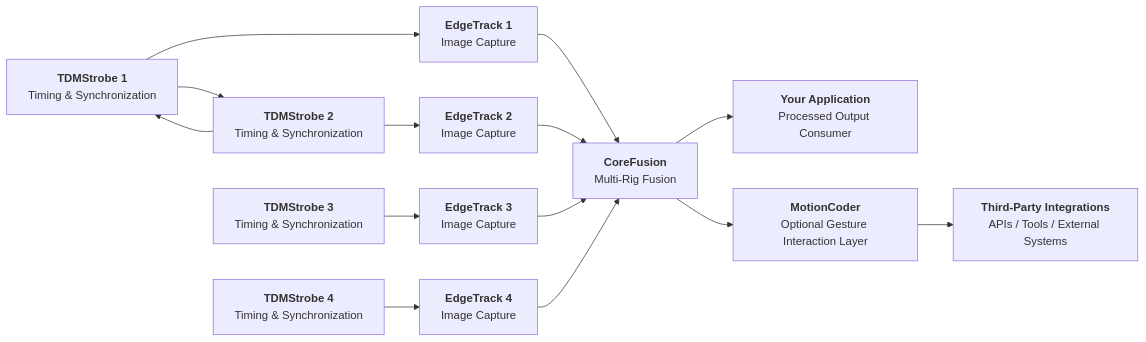
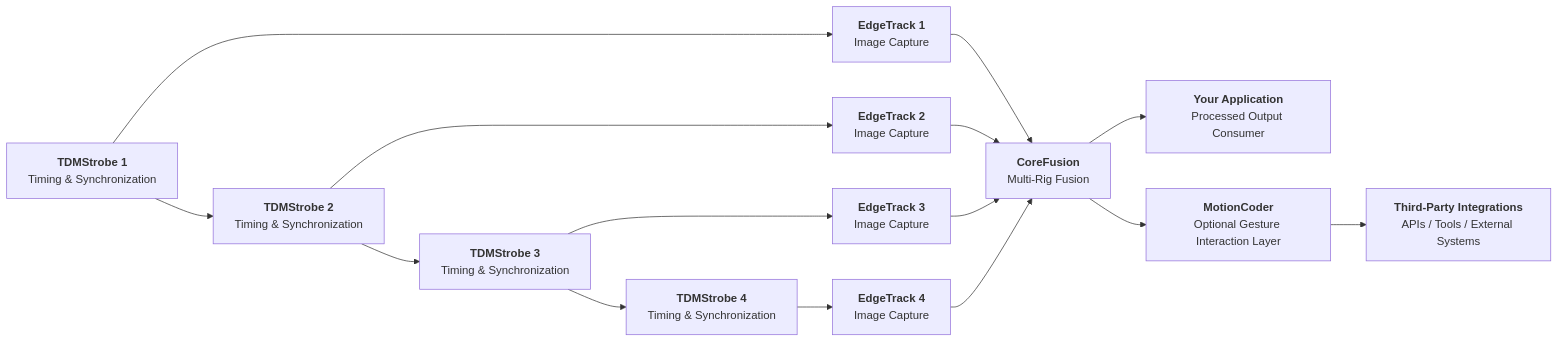
The second of 3 diagrams in README.md (edgetrackorg/overview), drawn with Mermaid before and after one commit.

````diff
--- a/README.md
+++ b/README.md
@@ -68,34 +68,35 @@
 ```mermaid
 flowchart LR
     A1[<strong>TDMStrobe 1</strong><br/>Timing & Synchronization]
     A2[<strong>TDMStrobe 2</strong><br/>Timing & Synchronization]
     A3[<strong>TDMStrobe 3</strong><br/>Timing & Synchronization]
     A4[<strong>TDMStrobe 4</strong><br/>Timing & Synchronization]
 
     B1[<strong>EdgeTrack 1</strong><br/>Image Capture]
     B2[<strong>EdgeTrack 2</strong><br/>Image Capture]
     B3[<strong>EdgeTrack 3</strong><br/>Image Capture]
     B4[<strong>EdgeTrack 4</strong><br/>Image Capture]
 
     C[<strong>CoreFusion</strong><br/>Multi-Rig Fusion]
     D[<strong>Your Application</strong><br/>Processed Output Consumer]
     E[<strong>MotionCoder</strong><br/>Optional Gesture Interaction Layer]
     F[<strong>Third-Party Integrations</strong><br/>APIs / Tools / External Systems]
 
     A1 --> B1
     A2 --> B2
     A3 --> B3
     A4 --> B4
 
     A1 --> A2
-    A2 --> A1   
+    A2 --> A3
+    A3 --> A4
 
     B1 --> C
     B2 --> C
     B3 --> C
     B4 --> C
 
     C --> D
     C --> E
     E --> F
 ```
````
